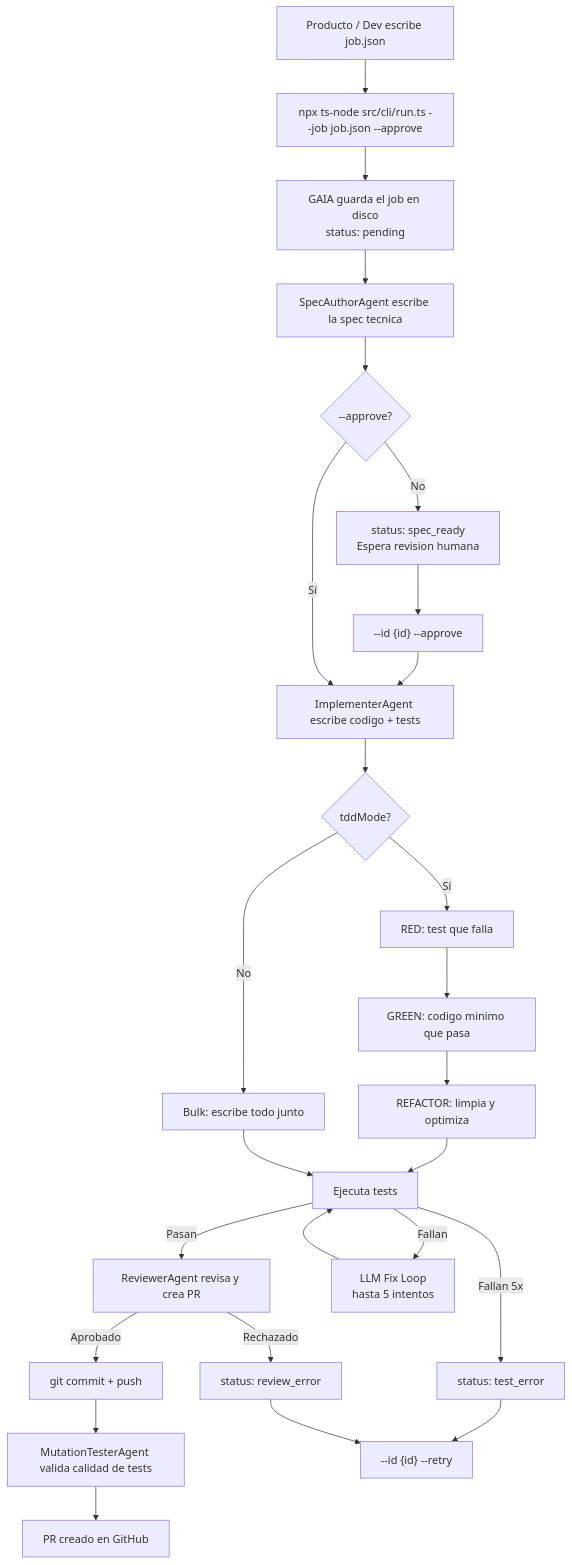
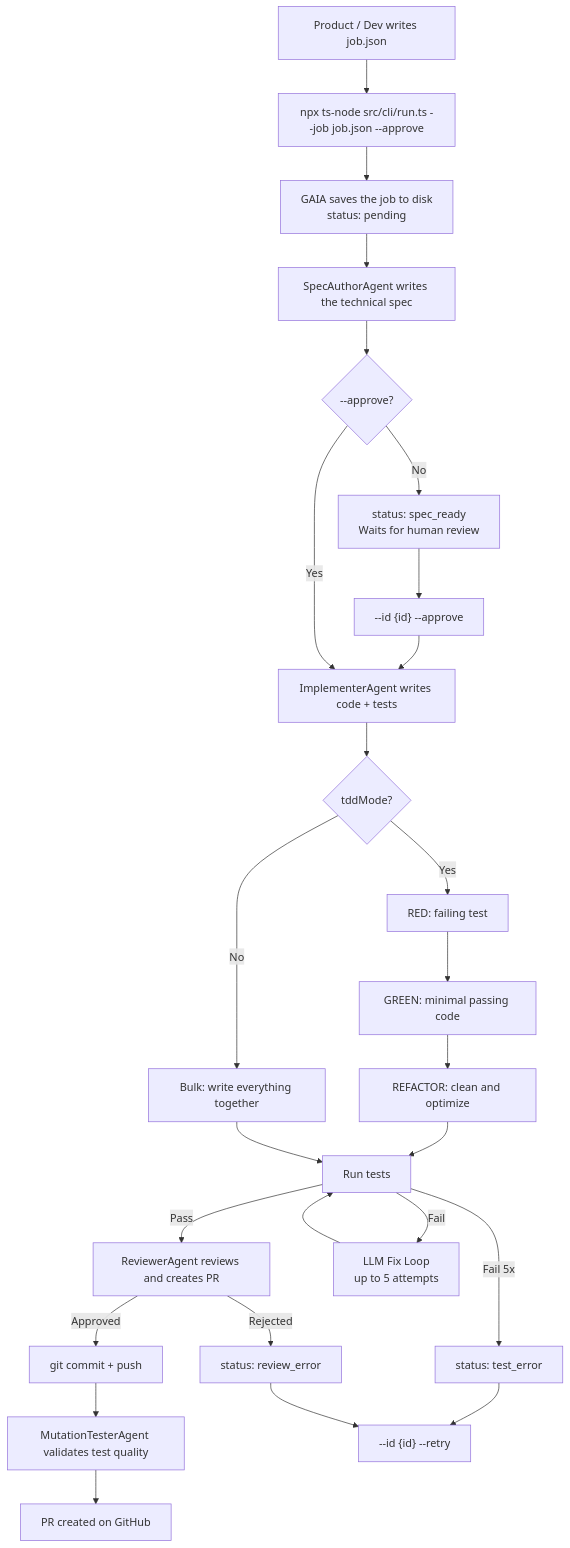
The diagram in docs/guides/cli-mode-product.md (RobertoGtz/gaia-code-harness), drawn with Mermaid before and after one commit. The commit also changed other lines of this file and 11 other files, not shown here.

First line of the commit message:
docs: translate CLI spec approval docs and retry loops to English

````diff
--- a/docs/guides/cli-mode-product.md
+++ b/docs/guides/cli-mode-product.md
@@ -146,28 +146,28 @@
 ```mermaid
 flowchart TD
-    A["Producto / Dev escribe job.json"] --> B["npx ts-node src/cli/run.ts --job job.json --approve"]
-    B --> C["GAIA guarda el job en disco<br/>status: pending"]
-    C --> D["SpecAuthorAgent escribe la spec tecnica"]
+    A["Product / Dev writes job.json"] --> B["npx ts-node src/cli/run.ts --job job.json --approve"]
+    B --> C["GAIA saves the job to disk<br/>status: pending"]
+    C --> D["SpecAuthorAgent writes the technical spec"]
     D --> E{"--approve?"}
-    E -- No --> F["status: spec_ready<br/>Espera revision humana"]
+    E -- No --> F["status: spec_ready<br/>Waits for human review"]
     F --> G["--id {id} --approve"]
     G --> H
-    E -- Sí --> H["ImplementerAgent escribe codigo + tests"]
+    E -- Yes --> H["ImplementerAgent writes code + tests"]
     H --> I{"tddMode?"}
-    I -- Sí --> J["RED: test que falla"]
-    J --> K["GREEN: codigo minimo que pasa"]
-    K --> L["REFACTOR: limpia y optimiza"]
+    I -- Yes --> J["RED: failing test"]
+    J --> K["GREEN: minimal passing code"]
+    K --> L["REFACTOR: clean and optimize"]
     L --> M
-    I -- No --> N["Bulk: escribe todo junto"]
-    N --> M["Ejecuta tests"]
-    M -- Pasan --> O["ReviewerAgent revisa y crea PR"]
-    M -- Fallan --> P["LLM Fix Loop<br/>hasta 5 intentos"]
+    I -- No --> N["Bulk: write everything together"]
+    N --> M["Run tests"]
+    M -- Pass --> O["ReviewerAgent reviews and creates PR"]
+    M -- Fail --> P["LLM Fix Loop<br/>up to 5 attempts"]
     P --> M
-    M -- Fallan 5x --> Q["status: test_error"]
-    O -- Aprobado --> R["git commit + push"]
-    O -- Rechazado --> S["status: review_error"]
-    R --> T["MutationTesterAgent valida calidad de tests"]
-    T --> U["PR creado en GitHub"]
+    M -- Fail 5x --> Q["status: test_error"]
+    O -- Approved --> R["git commit + push"]
+    O -- Rejected --> S["status: review_error"]
+    R --> T["MutationTesterAgent validates test quality"]
+    T --> U["PR created on GitHub"]
     Q --> V["--id {id} --retry"]
     S --> V
 ```
````
